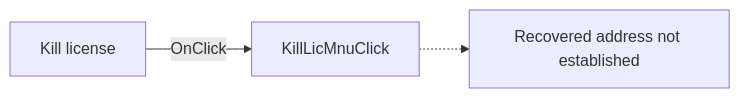
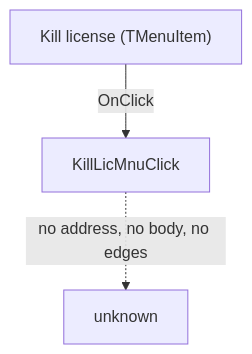
One commit to MovGP0/TIARA changed the diagram in docs/ui-controls/registerdlg/killlicmnu-7b61e8593f.md. Above: the diagram before and after it, drawn with Mermaid. The commit also changed other lines of this file and 106 other files, not shown here.

````diff
--- a/docs/ui-controls/registerdlg/killlicmnu-7b61e8593f.md
+++ b/docs/ui-controls/registerdlg/killlicmnu-7b61e8593f.md
@@ -27,5 +29,5 @@
 ```mermaid
-flowchart LR
-    control["Kill license"] -->|OnClick| handler["KillLicMnuClick"]
-    handler -.-> unresolved["Recovered address not established"]
+flowchart TD
+    control["Kill license (TMenuItem)"] -->|"OnClick"| handler["KillLicMnuClick"]
+    handler -.->|"no address, no body, no edges"| gone["unknown"]
 ```
````
